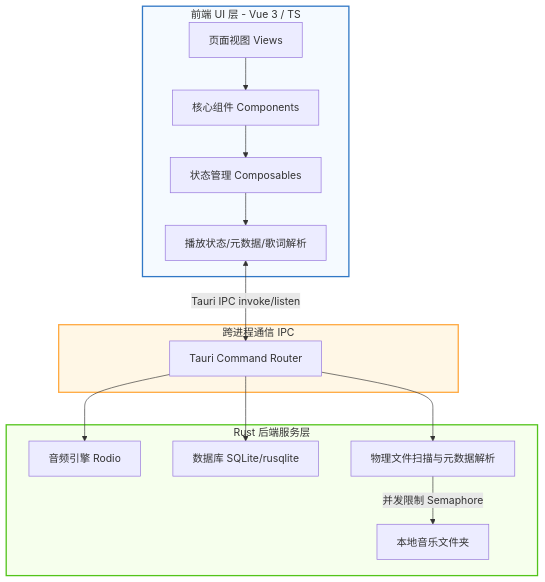
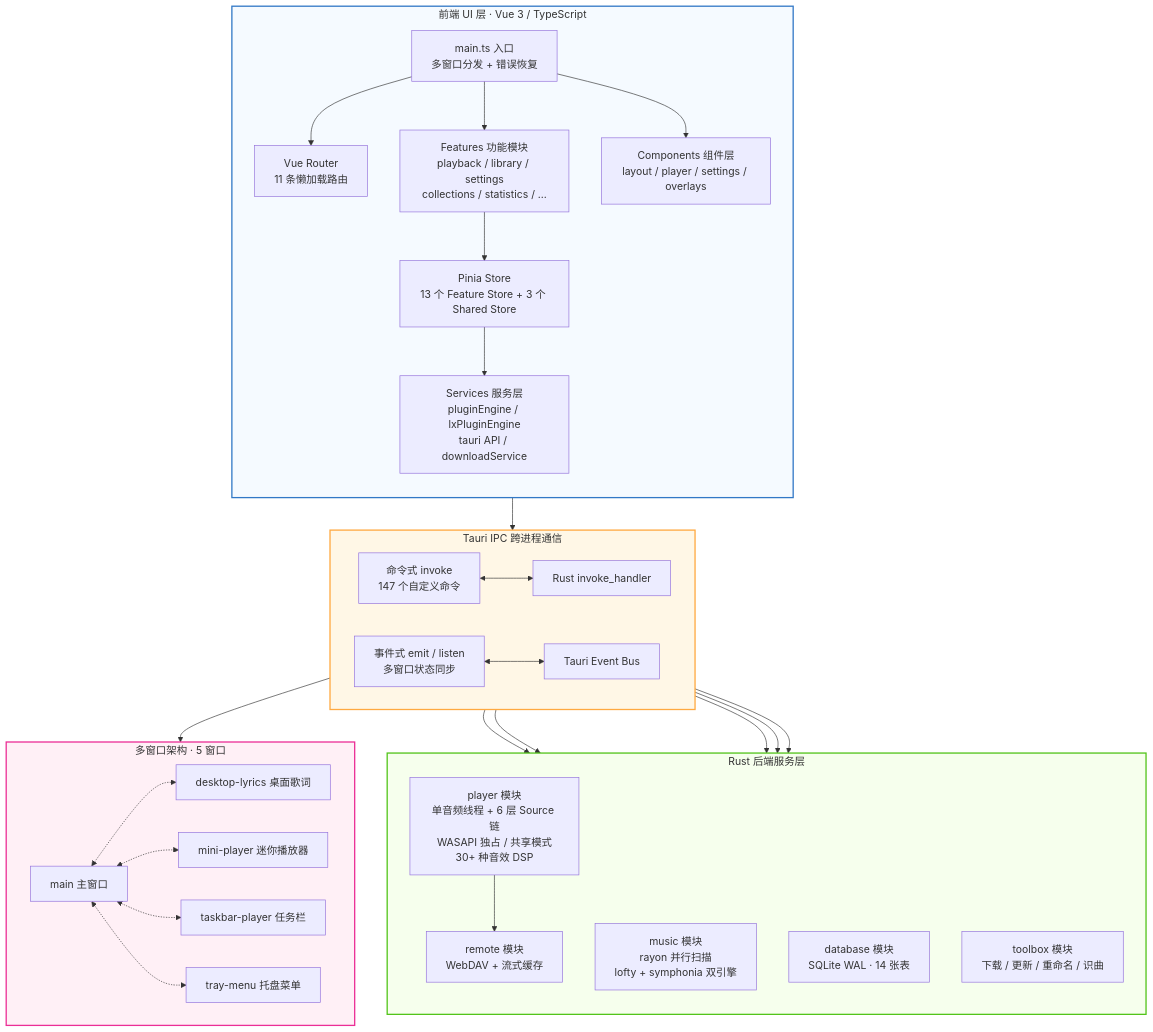
The diagram in README.md (TaXiaoQi/XianYu-Music-Desktop), drawn with Mermaid before and after one commit. The commit also changed other lines of this file, not shown here.

````diff
--- a/README.md
+++ b/README.md
@@ -136,23 +136,44 @@
 ```mermaid
 graph TD
-    subgraph Frontend [前端 UI 层 - Vue 3 / TS]
-        A[页面视图 Views] --> B[核心组件 Components]
-        B --> C[状态管理 Composables]
-        C --> D[播放状态/元数据/歌词解析]
+    subgraph Frontend [前端 UI 层 · Vue 3 / TypeScript]
+        direction TB
+        A[main.ts 入口<br/>多窗口分发 + 错误恢复] --> B[Vue Router<br/>11 条懒加载路由]
+        A --> C[Features 功能模块<br/>playback / library / settings<br/>collections / statistics / ...]
+        A --> D[Components 组件层<br/>layout / player / settings / overlays]
+        C --> E[Pinia Store<br/>13 个 Feature Store + 3 个 Shared Store]
+        E --> F[Services 服务层<br/>pluginEngine / lxPluginEngine<br/>tauri API / downloadService]
     end
 
-    subgraph Bridge [跨进程通信 IPC]
-        D <-->|Tauri IPC invoke/listen| E[Tauri Command Router]
+    subgraph IPC [Tauri IPC 跨进程通信]
+        direction LR
+        G[命令式 invoke<br/>147 个自定义命令] <--> H[Rust invoke_handler]
+        I[事件式 emit / listen<br/>多窗口状态同步] <--> J[Tauri Event Bus]
     end
 
     subgraph Backend [Rust 后端服务层]
-        E --> F[音频引擎 Rodio]
-        E --> G[数据库 SQLite/rusqlite]
-        E --> H[物理文件扫描与元数据解析]
-        H -->|并发限制 Semaphore| I[本地音乐文件夹]
+        direction TB
+        K[player 模块<br/>单音频线程 + 6 层 Source 链<br/>WASAPI 独占 / 共享模式<br/>30+ 种音效 DSP]
+        L[music 模块<br/>rayon 并行扫描<br/>lofty + symphonia 双引擎]
+        M[database 模块<br/>SQLite WAL · 14 张表]
+        N[remote 模块<br/>WebDAV + 流式缓存]
+        O[toolbox 模块<br/>下载 / 更新 / 重命名 / 识曲]
+        H --> K & L & M & N & O
     end
 
+    subgraph Windows [多窗口架构 · 5 窗口]
+        direction LR
+        P[main 主窗口] <-.-> Q[desktop-lyrics 桌面歌词]
+        P <-.-> R[mini-player 迷你播放器]
+        P <-.-> S[taskbar-player 任务栏]
+        P <-.-> T[tray-menu 托盘菜单]
+    end
+
+    F --> G
+    I --> Windows
+    K --> N
+
     style Frontend fill:#f5faff,stroke:#3178C6,stroke-width:2px;
-    style Bridge fill:#fff7e6,stroke:#ffa940,stroke-width:2px;
+    style IPC fill:#fff7e6,stroke:#ffa940,stroke-width:2px;
     style Backend fill:#f6ffed,stroke:#52c41a,stroke-width:2px;
+    style Windows fill:#fff0f6,stroke:#eb2f96,stroke-width:2px;
 ```
````
